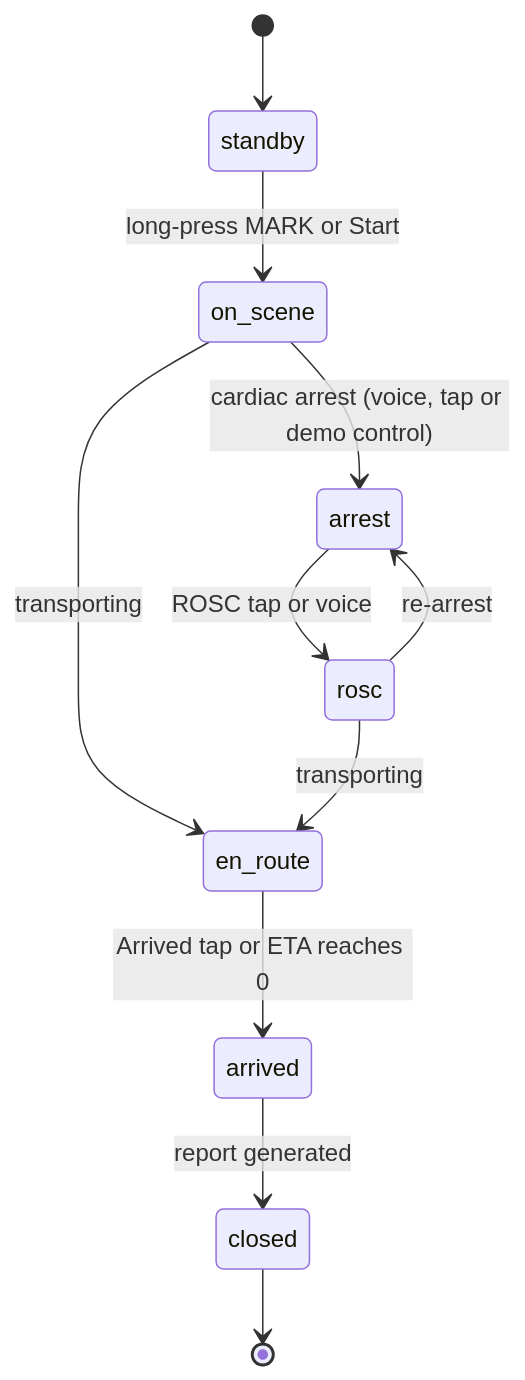
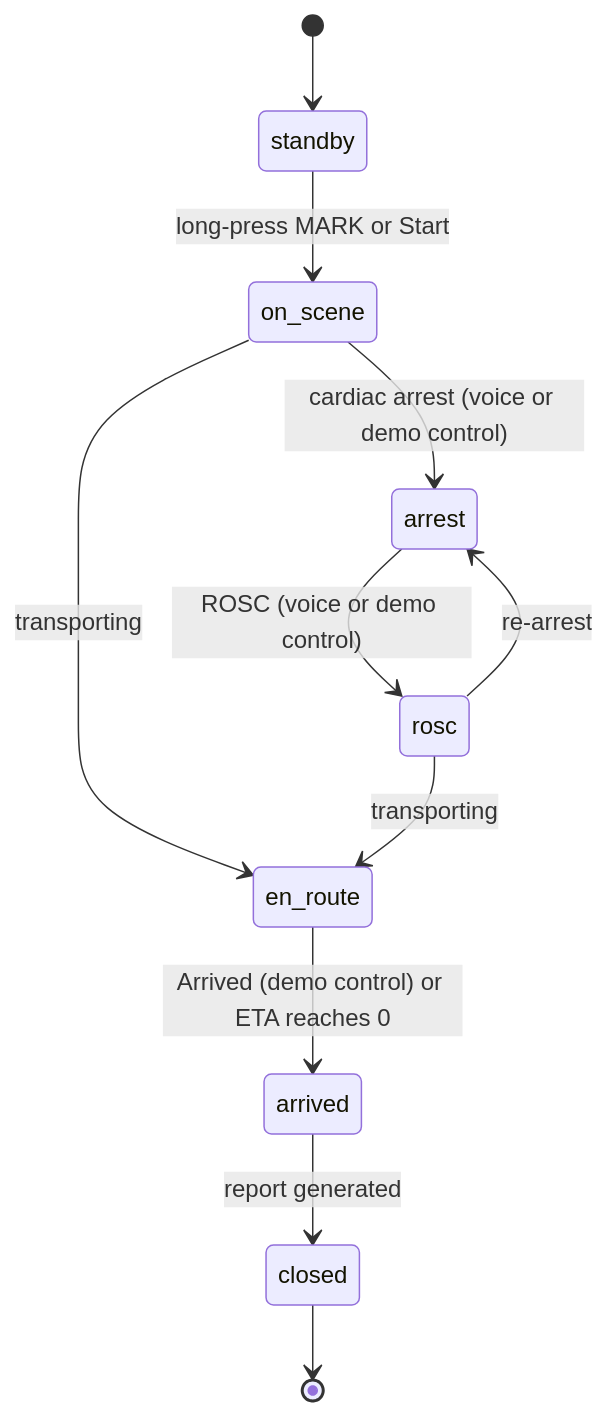
The first of 9 diagrams in docs/context/Handoff Product Spec (Copy).md (rishi-golla/hackutd26), drawn with Mermaid before and after one commit. The commit also changed other lines of this file and 2 other files, not shown here.

````diff
--- a/docs/context/Handoff Product Spec (Copy).md
+++ b/docs/context/Handoff Product Spec (Copy).md
@@ -480,13 +500,13 @@
 ```mermaid
 stateDiagram-v2
   [*] --> standby
   standby --> on_scene: long-press MARK or Start
-  on_scene --> arrest: cardiac arrest (voice, tap or demo control)
-  arrest --> rosc: ROSC tap or voice
+  on_scene --> arrest: cardiac arrest (voice or demo control)
+  arrest --> rosc: ROSC (voice or demo control)
   rosc --> arrest: re-arrest
   on_scene --> en_route: transporting
   rosc --> en_route: transporting
-  en_route --> arrived: Arrived tap or ETA reaches 0
+  en_route --> arrived: Arrived (demo control) or ETA reaches 0
   arrived --> closed: report generated
   closed --> [*]
 ```
````
